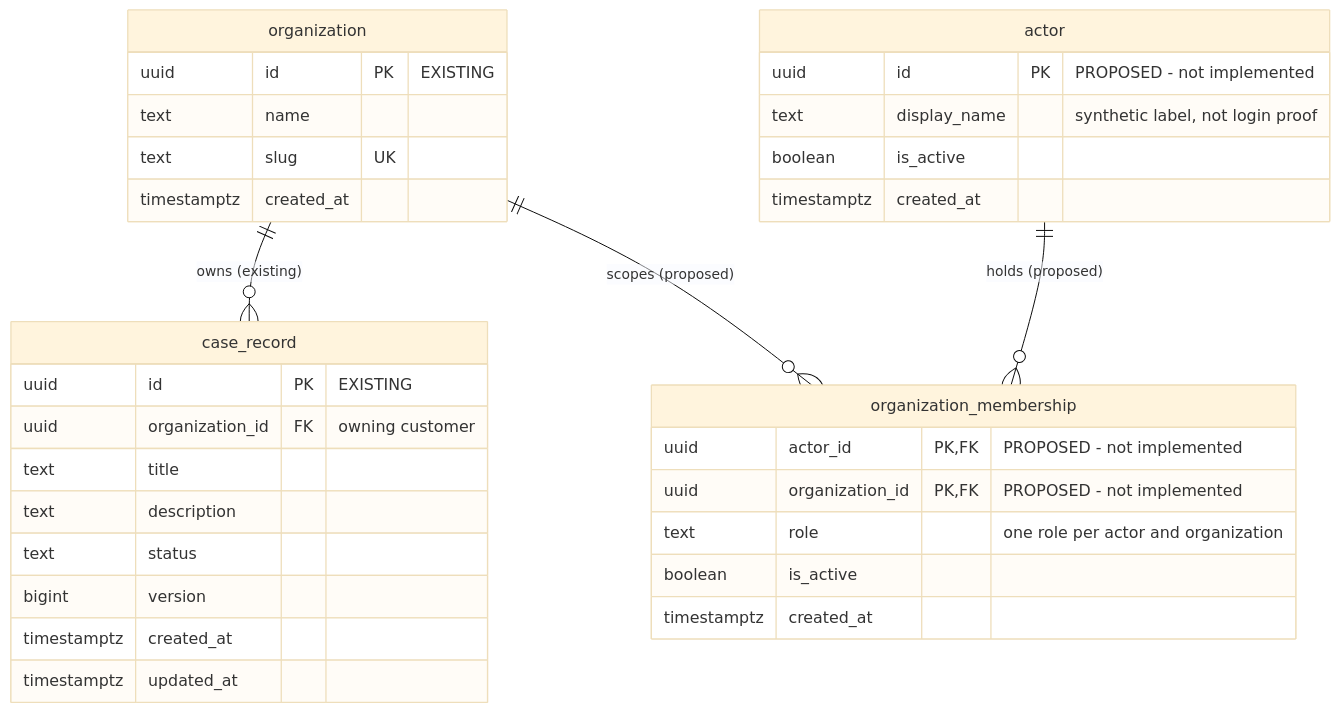
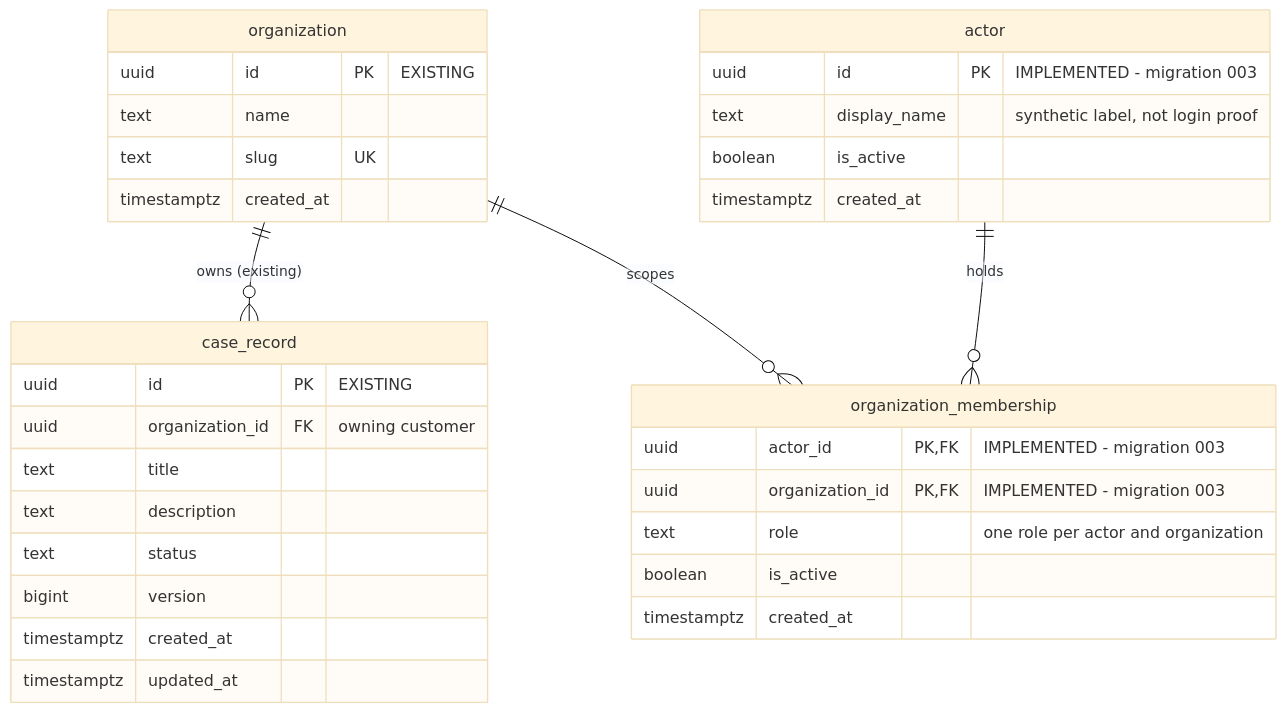
The first of 3 diagrams in docs/identity-model.md (asadhanif3188/Enterprise-AI-Service-Operations), drawn with Mermaid (base theme) before and after one commit. The commit also changed other lines of this file and 14 other files, not shown here.

````diff
--- a/docs/identity-model.md
+++ b/docs/identity-model.md
@@ -63,36 +67,36 @@
 ```mermaid
 erDiagram
     organization ||--o{ case_record : "owns (existing)"
-    actor ||--o{ organization_membership : "holds (proposed)"
-    organization ||--o{ organization_membership : "scopes (proposed)"
+    actor ||--o{ organization_membership : "holds"
+    organization ||--o{ organization_membership : "scopes"
 
     organization {
         uuid id PK "EXISTING"
         text name
         text slug UK
         timestamptz created_at
     }
     case_record {
         uuid id PK "EXISTING"
         uuid organization_id FK "owning customer"
         text title
         text description
         text status
         bigint version
         timestamptz created_at
         timestamptz updated_at
     }
     actor {
-        uuid id PK "PROPOSED - not implemented"
+        uuid id PK "IMPLEMENTED - migration 003"
         text display_name "synthetic label, not login proof"
         boolean is_active
         timestamptz created_at
     }
     organization_membership {
-        uuid actor_id PK, FK "PROPOSED - not implemented"
-        uuid organization_id PK, FK "PROPOSED - not implemented"
+        uuid actor_id PK, FK "IMPLEMENTED - migration 003"
+        uuid organization_id PK, FK "IMPLEMENTED - migration 003"
         text role "one role per actor and organization"
         boolean is_active
         timestamptz created_at
     }
 ```
````
